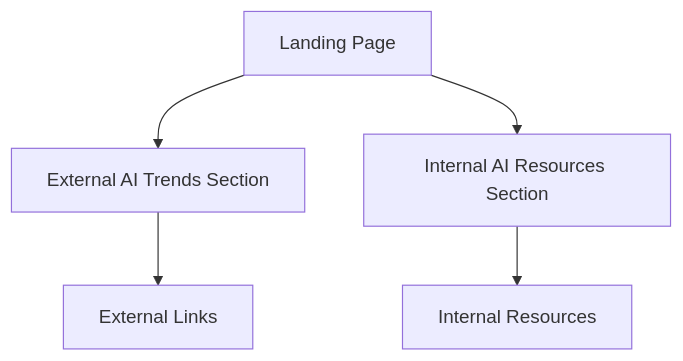
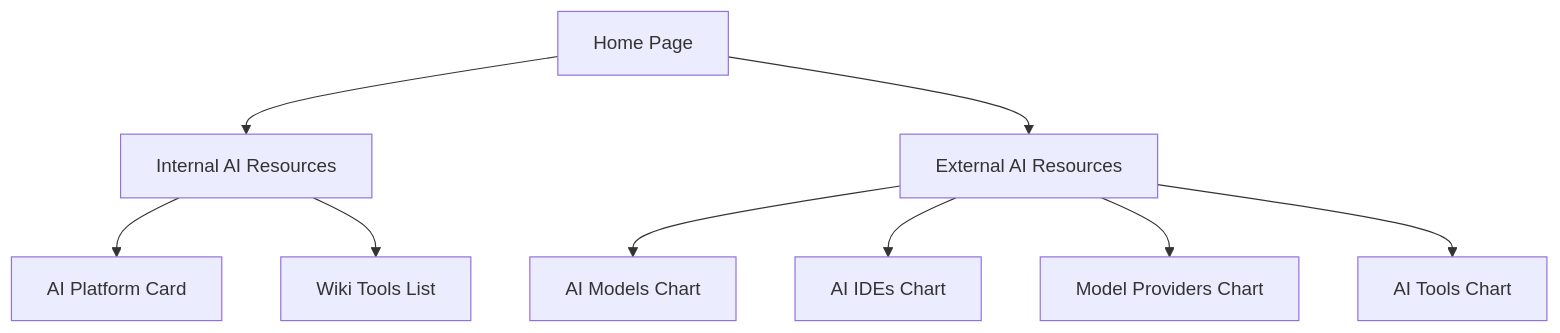
Before and after one commit to FeiWangHub/abcAICommunityLiveDemo: the diagram in .trae/documents/abc-ai-community-prd.md, drawn with Mermaid. The commit also changed other lines of this file and 25 other files, not shown here.

Commit message:
Implement ABC AI Community landing page with React and MUI

````diff
--- a/.trae/documents/abc-ai-community-prd.md
+++ b/.trae/documents/abc-ai-community-prd.md
@@ -38,7 +35,11 @@
 ```mermaid
 graph TD
-  A[Landing Page] --> B[External AI Trends Section]
-  A --> C[Internal AI Resources Section]
-  B --> D[External Links]
-  C --> E[Internal Resources]
+  A[Home Page] --> B[Internal AI Resources]
+  A --> C[External AI Resources]
+  B --> D[AI Platform Card]
+  B --> E[Wiki Tools List]
+  C --> F[AI Models Chart]
+  C --> G[AI IDEs Chart]
+  C --> H[Model Providers Chart]
+  C --> I[AI Tools Chart]
 ```
````
